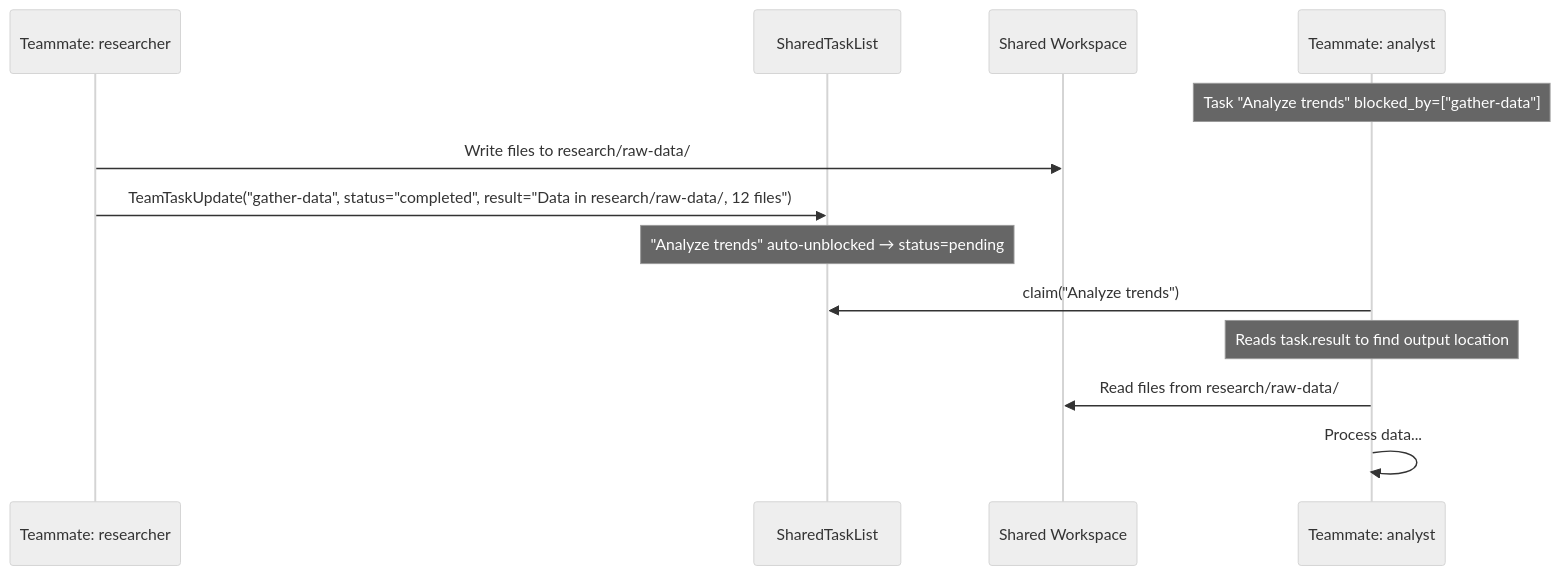
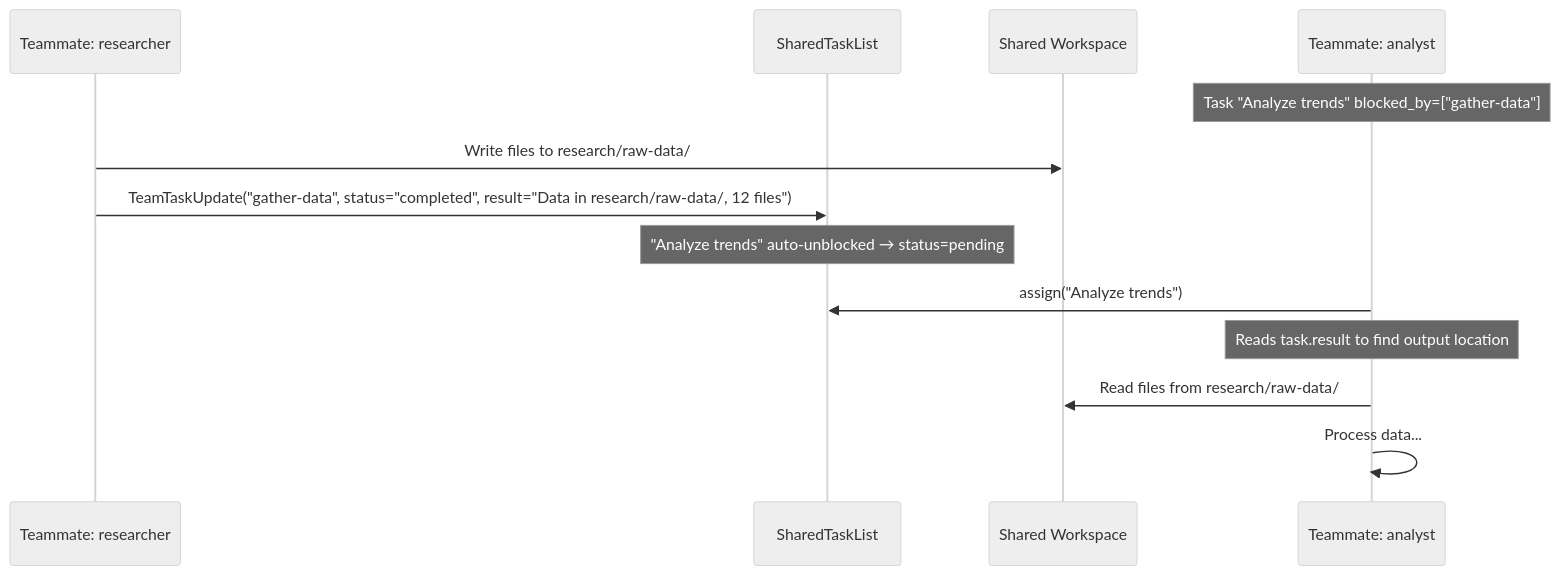
The third of 14 diagrams in docs/components/agent-teams.md (suman724/cowork-infra), drawn with Mermaid (neutral theme) before and after one commit. The commit also changed other lines of this file, not shown here.

````diff
--- a/docs/components/agent-teams.md
+++ b/docs/components/agent-teams.md
@@ -289,19 +289,19 @@
 ```mermaid
 sequenceDiagram
     participant R as Teammate: researcher
     participant TL as SharedTaskList
     participant WS as Shared Workspace
     participant A as Teammate: analyst
 
     Note over A: Task "Analyze trends" blocked_by=["gather-data"]
 
     R->>WS: Write files to research/raw-data/
     R->>TL: TeamTaskUpdate("gather-data", status="completed", result="Data in research/raw-data/, 12 files")
 
     Note over TL: "Analyze trends" auto-unblocked → status=pending
 
-    A->>TL: claim("Analyze trends")
+    A->>TL: assign("Analyze trends")
     Note over A: Reads task.result to find output location
     A->>WS: Read files from research/raw-data/
     A->>A: Process data...
 ```
````
